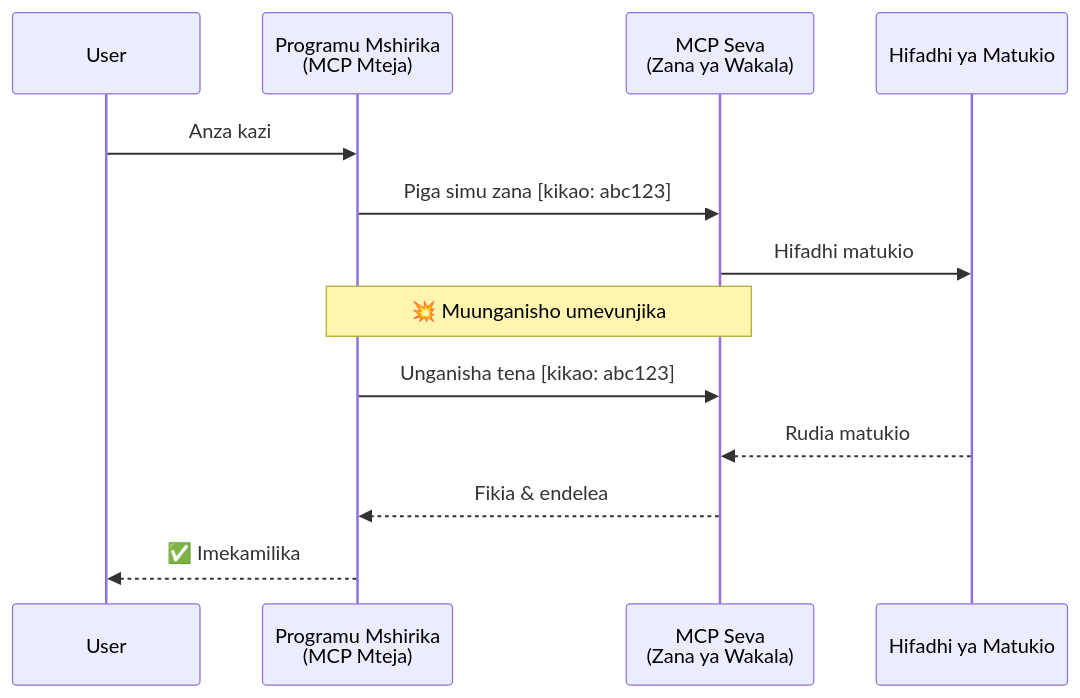
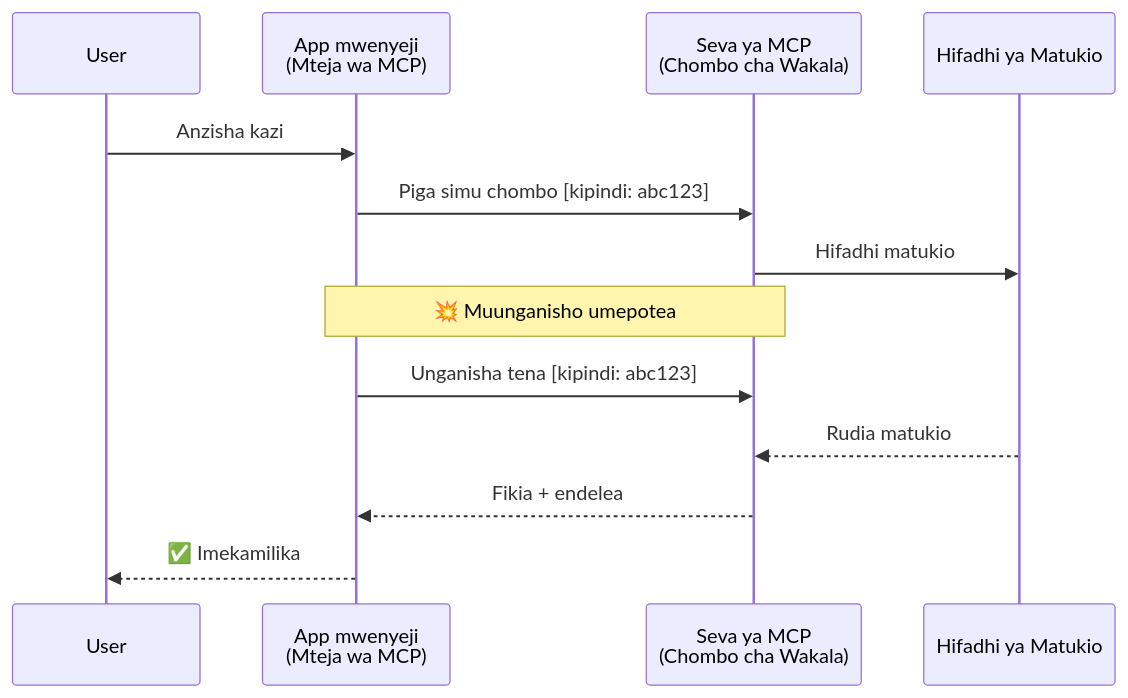
The second of 5 diagrams in mirrors/repos/microsoft@ai-agents-for-beginners/translations/sw/11-agentic-protocols/code_samples/mcp-agents/README.md (gabrielmoreira/agent-skills-mirror), drawn with Mermaid before and after one commit. The commit also changed other lines of this file and 4262 other files, not shown here.

````diff
--- a/mirrors/repos/microsoft@ai-agents-for-beginners/translations/sw/11-agentic-protocols/code_samples/mcp-agents/README.md
+++ b/mirrors/repos/microsoft@ai-agents-for-beginners/translations/sw/11-agentic-protocols/code_samples/mcp-agents/README.md
@@ -82,18 +82,18 @@
 ```mermaid
 sequenceDiagram
     participant User
-    participant Host as Programu Mshirika<br/>(MCP Mteja)
-    participant Server as MCP Seva<br/>(Zana ya Wakala)
+    participant Host as App mwenyeji<br/>(Mteja wa MCP)
+    participant Server as Seva ya MCP<br/>(Chombo cha Wakala)
     participant Store as Hifadhi ya Matukio
 
-    User->>Host: Anza kazi
-    Host->>Server: Piga simu zana [kikao: abc123]
+    User->>Host: Anzisha kazi
+    Host->>Server: Piga simu chombo [kipindi: abc123]
     Server->>Store: Hifadhi matukio
 
-    Note over Host,Server: 💥 Muunganisho umevunjika
+    Note over Host,Server: 💥 Muunganisho umepotea
 
-    Host->>Server: Unganisha tena [kikao: abc123]
+    Host->>Server: Unganisha tena [kipindi: abc123]
     Store-->>Server: Rudia matukio
-    Server-->>Host: Fikia & endelea
+    Server-->>Host: Fikia + endelea
     Host-->>User: ✅ Imekamilika
 ```
````
